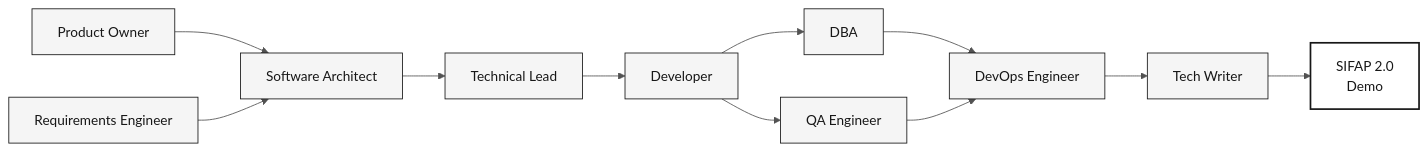
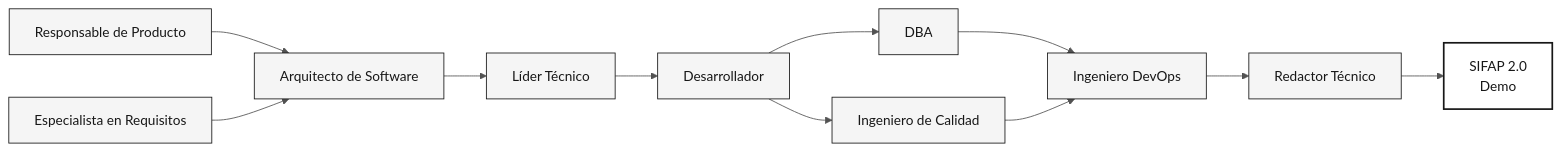
One commit to paulasilvatech/datacorp-sifap-team-kit-pt-br changed the diagram in 05-personas/OVERVIEW.md. Above: the diagram before and after it, drawn with Mermaid. The commit also changed other lines of this file and 386 other files, not shown here.

````diff
--- a/05-personas/OVERVIEW.md
+++ b/05-personas/OVERVIEW.md
@@ -55,17 +55,17 @@
 ```mermaid
 %%{init: {'theme':'neutral','themeVariables':{'fontFamily':'ui-sans-serif, system-ui, sans-serif','primaryColor':'#F5F5F5','primaryTextColor':'#171717','primaryBorderColor':'#171717','lineColor':'#525252','secondaryColor':'#FFFFFF','tertiaryColor':'#FAFAFA','background':'#FFFFFF'}}}%%
 flowchart LR
     classDef step fill:#F5F5F5,stroke:#171717,color:#171717
     classDef result fill:#FFFFFF,stroke:#171717,color:#171717,stroke-width:2px
 
-    PO["Product Owner"]:::step --> SA["Software Architect"]:::step
-    RE["Requirements Engineer"]:::step --> SA
-    SA --> TL["Technical Lead"]:::step
-    TL --> Dev["Developer"]:::step
+    PO["Responsable de Producto"]:::step --> SA["Arquitecto de Software"]:::step
+    RE["Especialista en Requisitos"]:::step --> SA
+    SA --> TL["Líder Técnico"]:::step
+    TL --> Dev["Desarrollador"]:::step
     Dev --> DBA["DBA"]:::step
-    Dev --> QA["QA Engineer"]:::step
-    DBA --> DevOps["DevOps Engineer"]:::step
+    Dev --> QA["Ingeniero de Calidad"]:::step
+    DBA --> DevOps["Ingeniero DevOps"]:::step
     QA --> DevOps
-    DevOps --> TW["Tech Writer"]:::step
+    DevOps --> TW["Redactor Técnico"]:::step
     TW --> Demo["SIFAP 2.0<br/>Demo"]:::result
 ```
````
